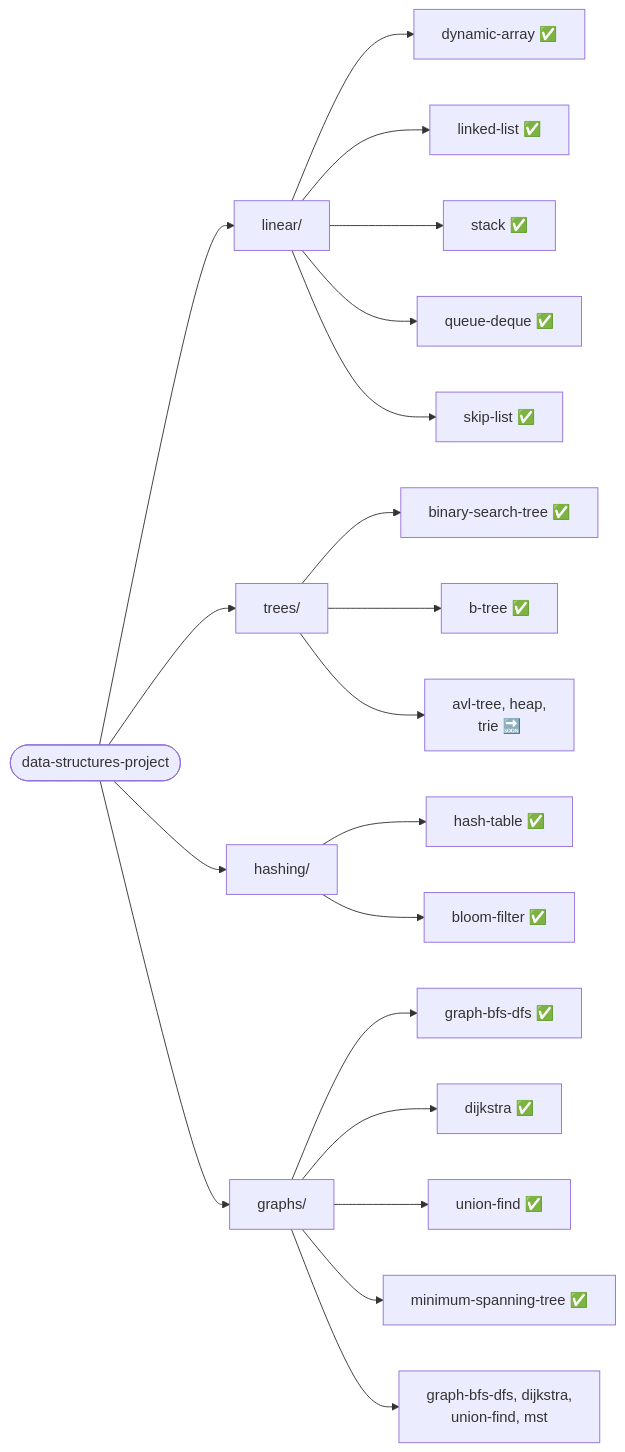
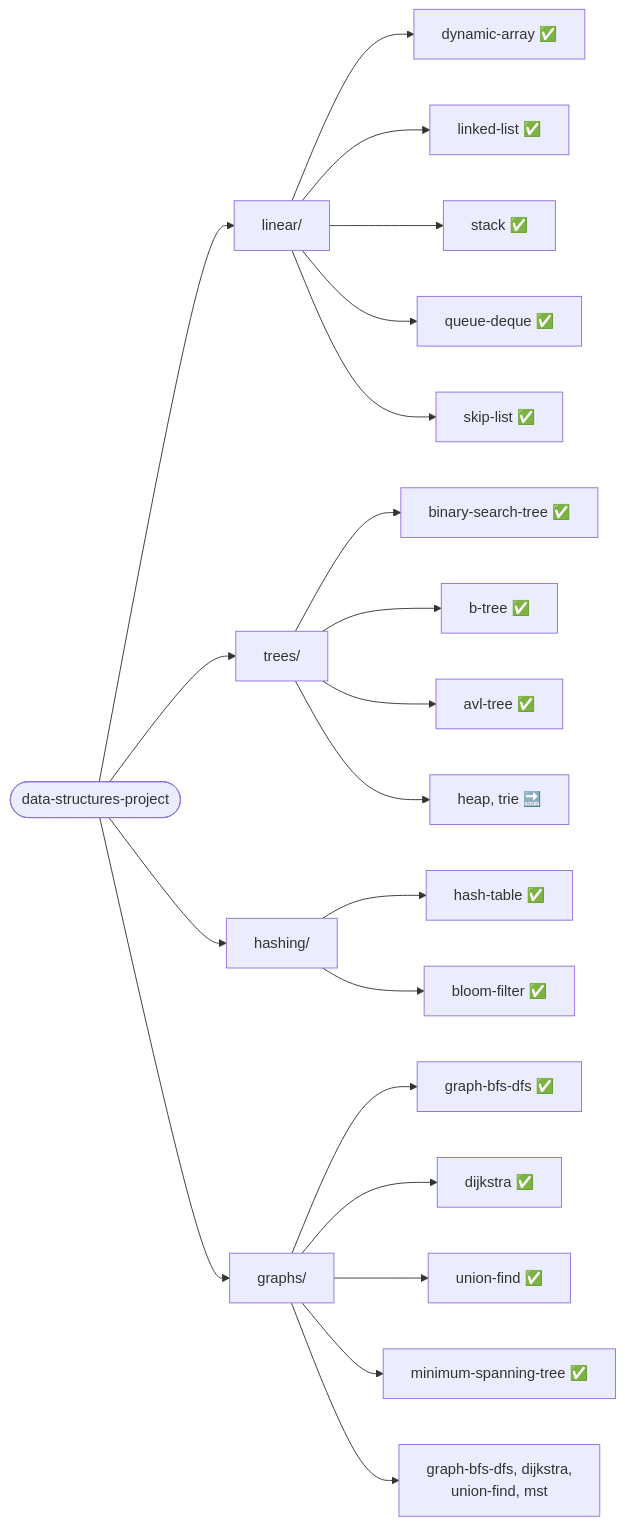
Before and after one commit to leon-lourenco/data-structures-project: the diagram in README.md, drawn with Mermaid. The commit also changed other lines of this file and 9 other files, not shown here.

First line of the commit message:
Add AVL Tree module: a fraud-detection platform fraud-rule index

````diff
--- a/README.md
+++ b/README.md
@@ -62,22 +62,23 @@
 ```mermaid
 flowchart LR
     Root(["data-structures-project"]) --> Linear["linear/"]
     Root --> Trees["trees/"]
     Root --> Hashing["hashing/"]
     Root --> Graphs["graphs/"]
     Linear --> DynamicArray["dynamic-array ✅"]
     Linear --> LinkedList["linked-list ✅"]
     Linear --> StackMod["stack ✅"]
     Linear --> QueueDeque["queue-deque ✅"]
     Linear --> SkipList["skip-list ✅"]
     Trees --> BST["binary-search-tree ✅"]
     Trees --> BTree["b-tree ✅"]
-    Trees --> TreesRest["avl-tree, heap,\ntrie 🔜"]
+    Trees --> AvlTree["avl-tree ✅"]
+    Trees --> TreesRest["heap, trie 🔜"]
     Hashing --> HashTable["hash-table ✅"]
     Hashing --> BloomFilter["bloom-filter ✅"]
     Graphs --> GraphBfsDfs["graph-bfs-dfs ✅"]
     Graphs --> Dijkstra["dijkstra ✅"]
     Graphs --> UnionFind["union-find ✅"]
     Graphs --> Mst["minimum-spanning-tree ✅"]
     Graphs --> GraphsMods["graph-bfs-dfs, dijkstra,\nunion-find, mst"]
 ```
````
